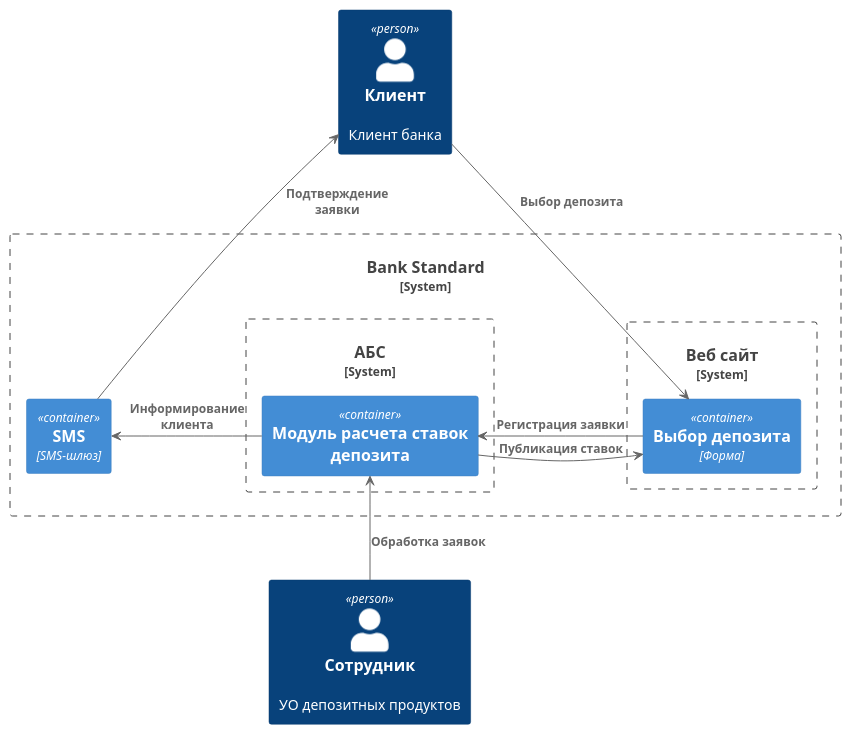
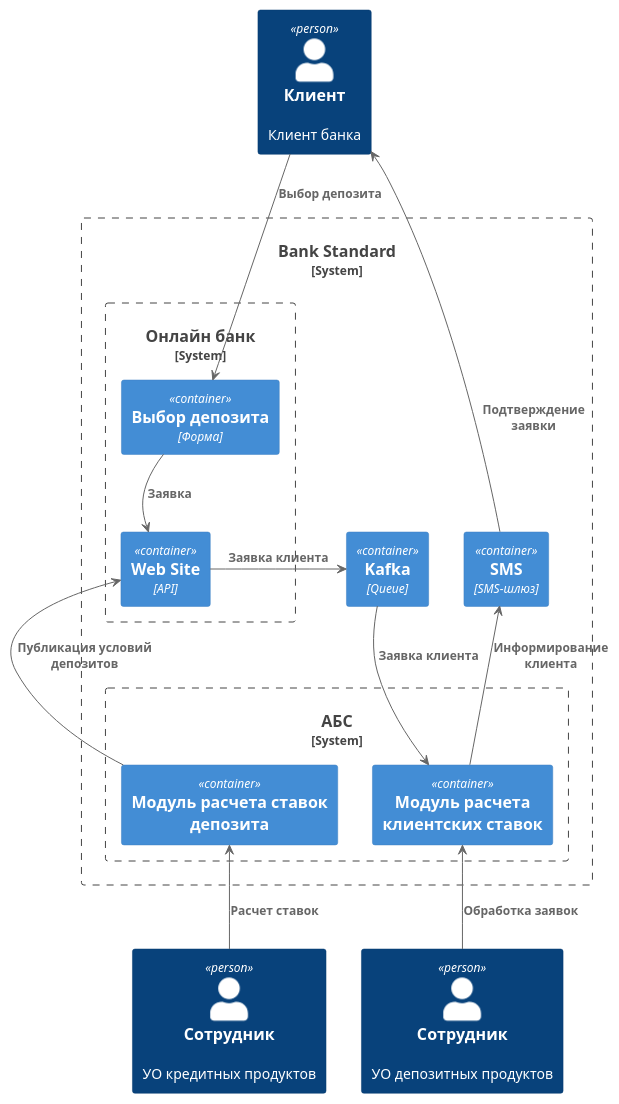
The diagram in Task3/context.puml (Kraktorist/standard), drawn with PlantUML before and after one commit. The commit also changed 1 other file, not shown here.

```diff
--- a/Task3/context.puml
+++ b/Task3/context.puml
@@ -1,26 +1,33 @@
 @startuml context
 !includeurl https://raw.githubusercontent.com/plantuml-stdlib/C4-PlantUML/master/C4_Container.puml
 
 'top to bottom direction
 
 Person(customer, "Клиент", "Клиент банка")
-Person(boDeposite, "Сотрудник", "УО депозитных продуктов")
+Person(boDeposit, "Сотрудник", "УО депозитных продуктов")
+Person(boCredit, "Сотрудник", "УО кредитных продуктов")
 System_Boundary(Bank, "Bank Standard") {
-  System_Boundary(website, "Веб сайт") {
+  System_Boundary(website, "Онлайн банк") {
+    Container(depositeAPI, "Web Site", "API")
     Container(depositeForm, "Выбор депозита", "Форма")
   }
   System_Boundary(abs, "АБС") {
-    Container(depositeModule, " Модуль расчета ставок депозита")
+    Container(depositeModule, "Модуль расчета ставок депозита")
+    Container(customerModule, "Модуль расчета клиентских ставок")
   }
   Container(sms, "SMS", "SMS-шлюз")
+  Container(queue, "Kafka", "Queue")
 }
 
 
 
 Rel_(customer, depositeForm, "Выбор депозита", "-DOWN->")
-Rel_(boDeposite, depositeModule, "Обработка заявок", "-UP->")
-Rel_(depositeForm, depositeModule, "Регистрация заявки","-RIGHT->")
-Rel_(depositeModule, depositeForm, "Публикация ставок","-LEFT->")
-Rel_(depositeModule, sms, "Информирование клиента","-RIGHT->")
+Rel_(depositeForm, depositeAPI, "Заявка", "-DOWN->")
+Rel_(boCredit, depositeModule, "Расчет ставок", "-UP->")
+Rel_(boDeposit, customerModule, "Обработка заявок", "-UP->")
+Rel_(depositeModule, depositeAPI, "Публикация условий депозитов","-UP->")
+Rel_(depositeAPI, queue, "Заявка клиента","-LEFT->")
+Rel_(queue, customerModule, "Заявка клиента","-DOWN->")
+Rel_(customerModule, sms, "Информирование клиента","-UP->")
 Rel_(sms, customer, "Подтверждение заявки","-UP->")
 @enduml
```
